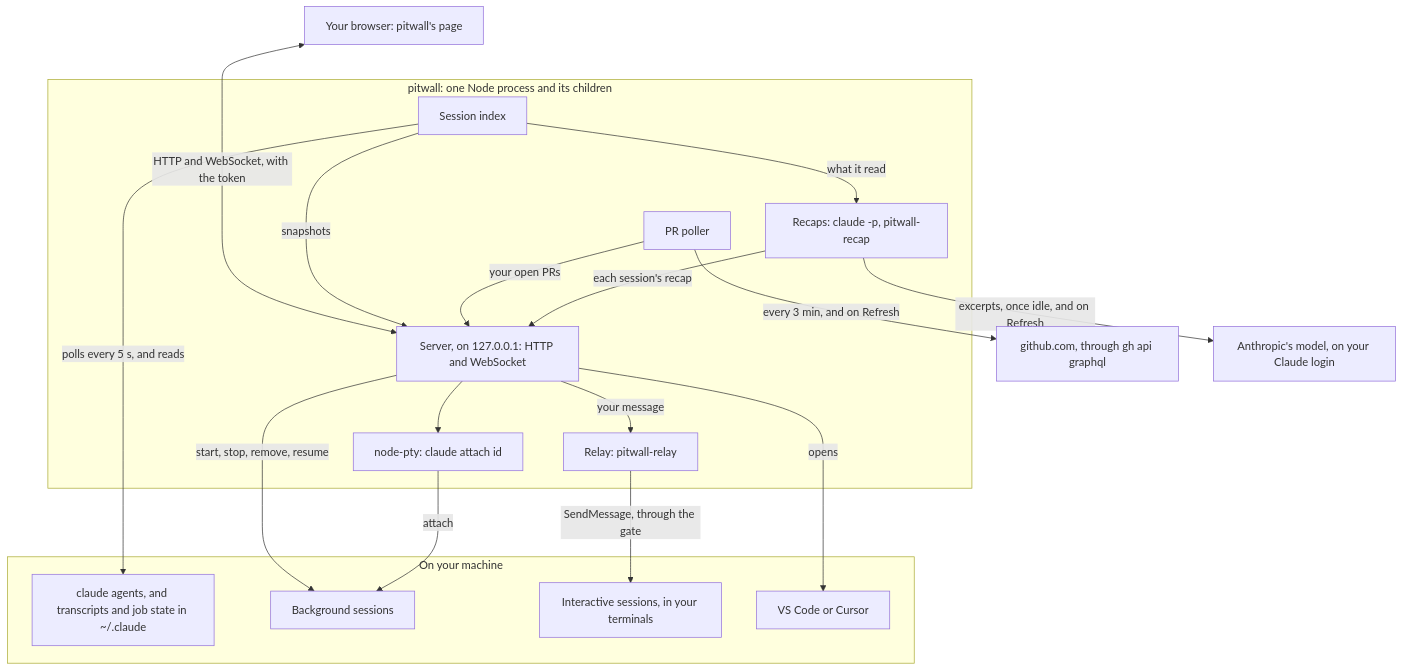
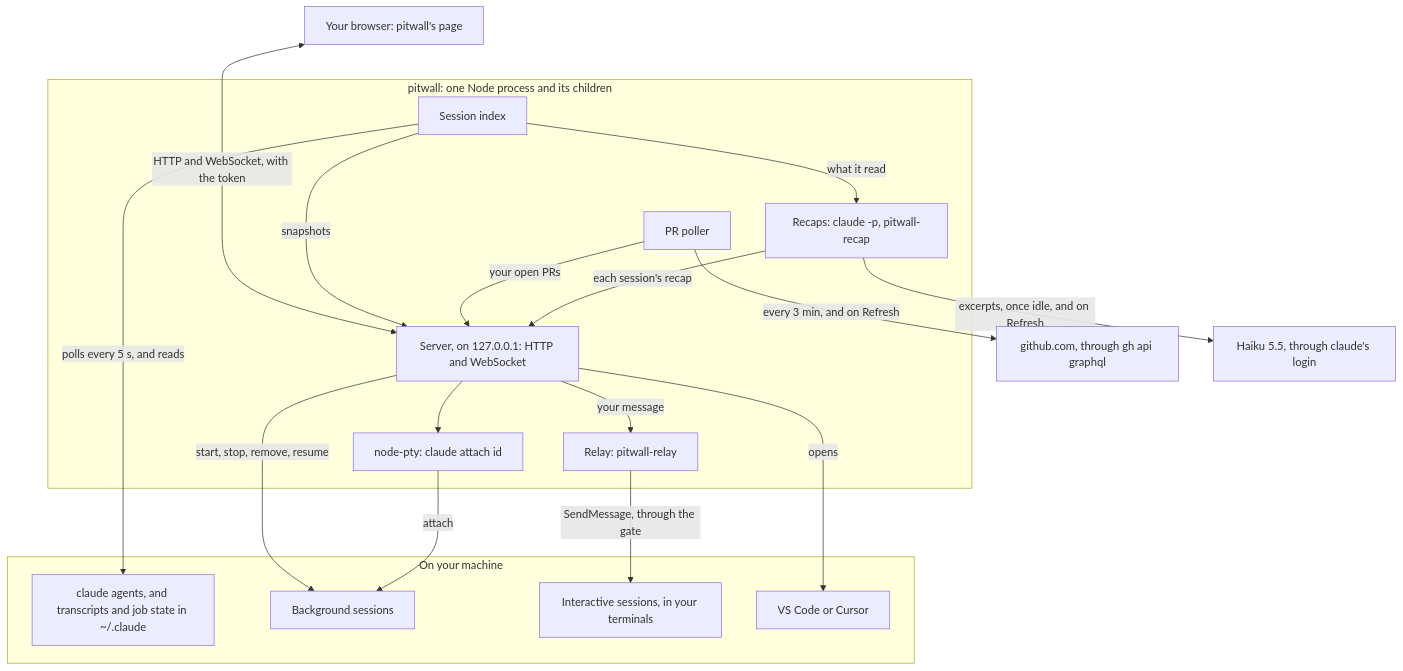
Before and after one commit to leggetter/pitwall: the first of 2 diagrams in README.md, drawn with Mermaid. The commit also changed other lines of this file and 24 other files, not shown here.

````diff
--- a/README.md
+++ b/README.md
@@ -156,39 +156,39 @@
 ```mermaid
 flowchart TB
   page["Your browser: pitwall's page"]
 
   subgraph pitwall["pitwall: one Node process and its children"]
     index["Session index"]
     server["Server, on 127.0.0.1: HTTP and WebSocket"]
     pty["node-pty: claude attach id"]
     relay["Relay: pitwall-relay"]
     prs["PR poller"]
     recaps["Recaps: claude -p, pitwall-recap"]
   end
 
   subgraph machine["On your machine"]
     state["claude agents, and transcripts and job state in ~/.claude"]
     bg["Background sessions"]
     interactive["Interactive sessions, in your terminals"]
     editor["VS Code or Cursor"]
   end
 
   github["github.com, through gh api graphql"]
-  model["Anthropic's model, on your Claude login"]
+  model["Haiku 5.5, through claude's login"]
 
   page ~~~ index
   page <-->|"HTTP and WebSocket, with the token"| server
   index -->|snapshots| server
   index -->|"polls every 5 s, and reads"| state
   server -->|"start, stop, remove, resume"| bg
   server --> pty
   pty -->|attach| bg
   server -->|"your message"| relay
   relay -->|"SendMessage, through the gate"| interactive
   server -->|opens| editor
   prs -->|"every 3 min, and on Refresh"| github
   prs -->|"your open PRs"| server
   index -->|"what it read"| recaps
   recaps -->|"excerpts, once idle, and on Refresh"| model
   recaps -->|"each session's recap"| server
 ```
````
